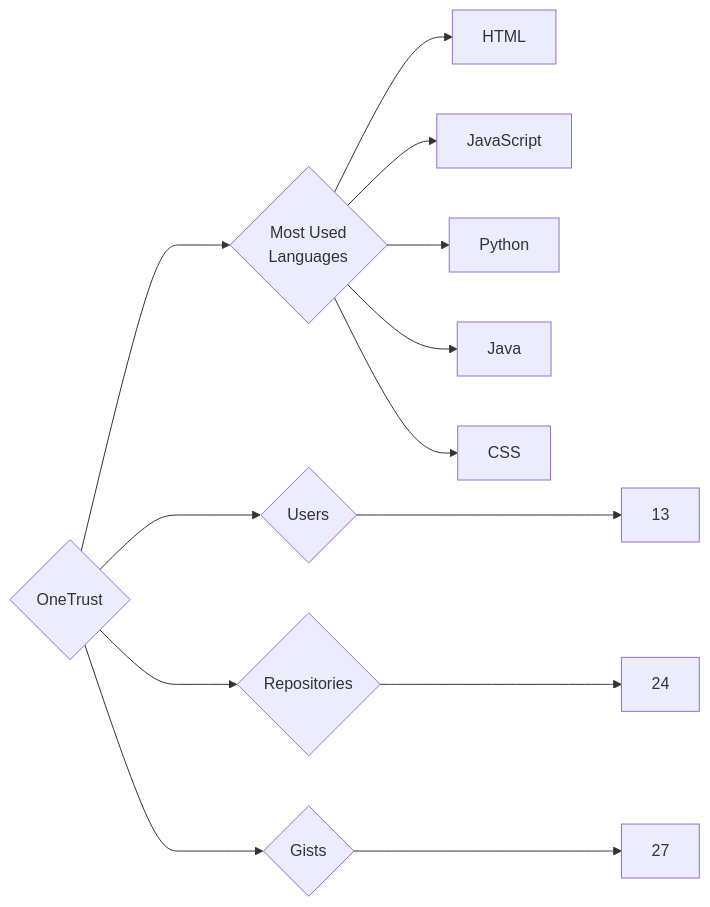
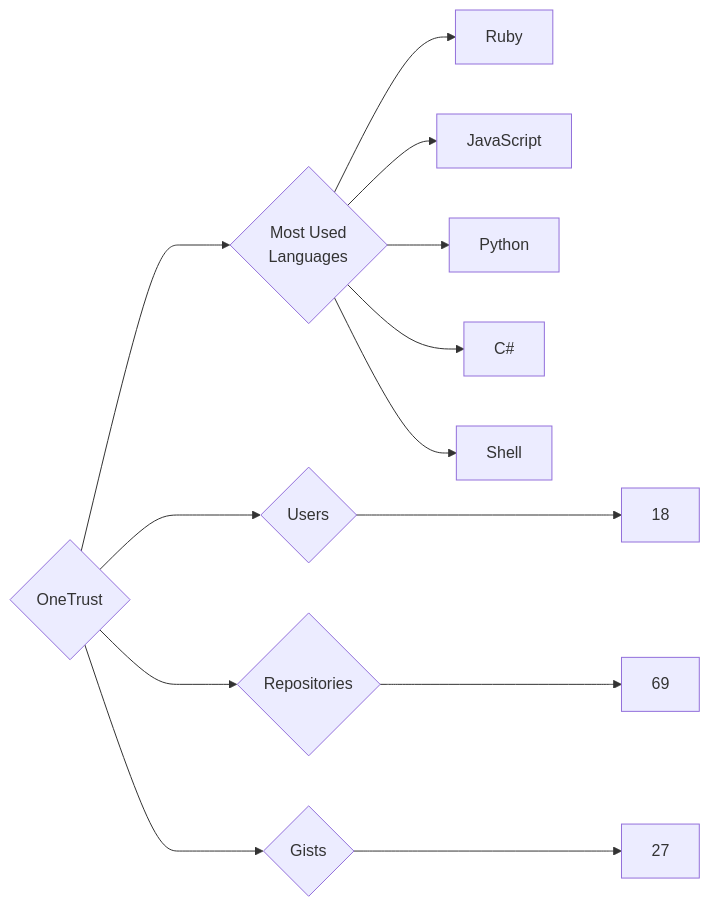
Before and after one commit to trickest/insiders: the diagram in targets/OneTrust/README.md, drawn with Mermaid. The commit also changed 765 other files, not shown here.

````diff
--- a/targets/OneTrust/README.md
+++ b/targets/OneTrust/README.md
@@ -3,13 +3,13 @@
 ```mermaid
 graph LR
 COMPANY_NAME{OneTrust}
-COMPANY_NAME ---> U{Users} ---> UN[13]
-COMPANY_NAME ---> R{Repositories} ---> RN[24]
+COMPANY_NAME ---> U{Users} ---> UN[18]
+COMPANY_NAME ---> R{Repositories} ---> RN[69]
 COMPANY_NAME ---> G{Gists} ---> GN[27]
 COMPANY_NAME ---> ML{Most Used<br>Languages}
-ML --> HTML[HTML]
+ML --> Ruby[Ruby]
 ML --> JavaScript[JavaScript]
 ML --> Python[Python]
-ML --> Java[Java]
-ML --> CSS[CSS]
+ML --> C#[C#]
+ML --> Shell[Shell]
 ```
````
